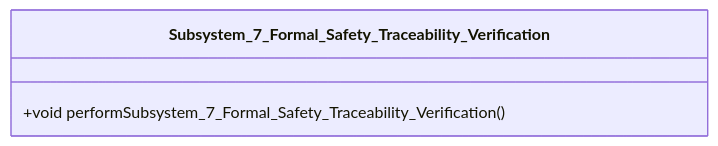
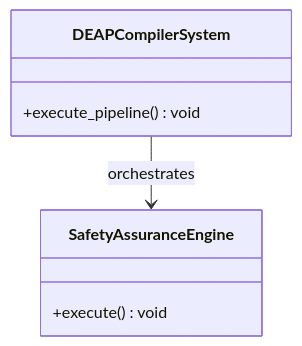
One commit to gintatkinson/dumpiler-01 changed the first of 2 diagrams in docs/epics/EPIC-09-Subsystem_7_Formal_Safety_Traceability_Verification.md. Above: the diagram before and after it, drawn with Mermaid. The commit also changed other lines of this file and 90 other files, not shown here.

````diff
--- a/docs/epics/EPIC-09-Subsystem_7_Formal_Safety_Traceability_Verification.md
+++ b/docs/epics/EPIC-09-Subsystem_7_Formal_Safety_Traceability_Verification.md
@@ -30,6 +53,10 @@
 ```mermaid
 classDiagram
-    class Subsystem_7_Formal_Safety_Traceability_Verification {
-        +void performSubsystem_7_Formal_Safety_Traceability_Verification()
+    class DEAPCompilerSystem {
+        +execute_pipeline() void
     }
+    class SafetyAssuranceEngine {
+        +execute() void
+    }
+    DEAPCompilerSystem --> SafetyAssuranceEngine : orchestrates
 ```
````
